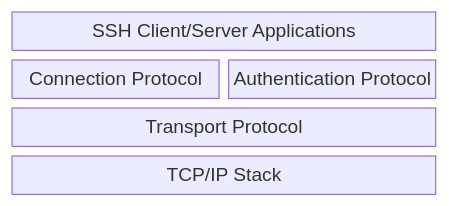
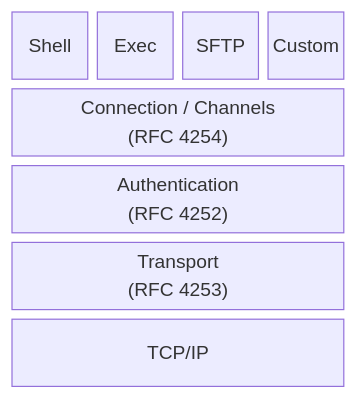
Before and after one commit to albsch/erlang-otp-wasm: the diagram in lib/ssh/doc/guides/introduction.md, drawn with Mermaid. The commit also changed other lines of this file and 3754 other files, not shown here.

````diff
--- a/lib/ssh/doc/guides/introduction.md
+++ b/lib/ssh/doc/guides/introduction.md
@@ -49,13 +50,14 @@
 ```mermaid
 ---
-title: SSH Protocol Architecture
+title: SSH Protocol Architecture (RFC 4251)
 ---
 
 block-beta
-    columns 2
+    columns 4
 
-    l1["SSH Client/Server Applications"]:2
-    l2a["Connection Protocol"] l2b["Authentication Protocol"]
-    l3["Transport Protocol"]:2
-    l4["TCP/IP Stack"]:2
+    Shell Exec SFTP Custom
+    l1["Connection / Channels\n(RFC 4254)"]:4
+    l2["Authentication\n(RFC 4252)"]:4
+    l3["Transport\n(RFC 4253)"]:4
+    l4["TCP/IP"]:4
 ```
````
